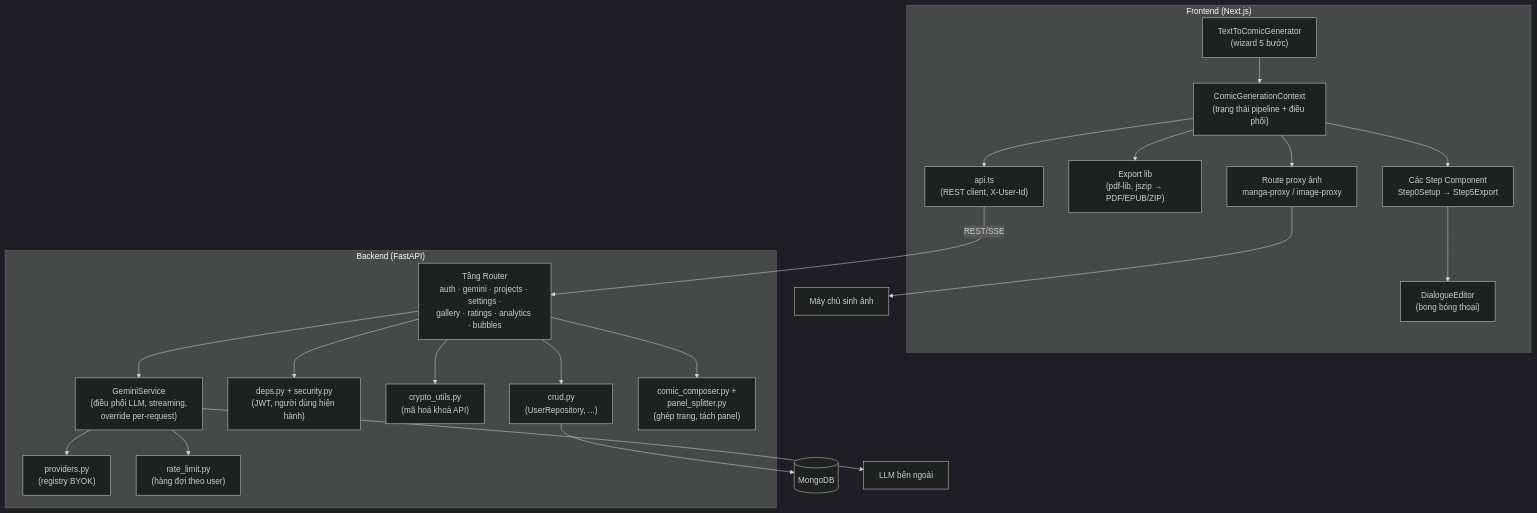
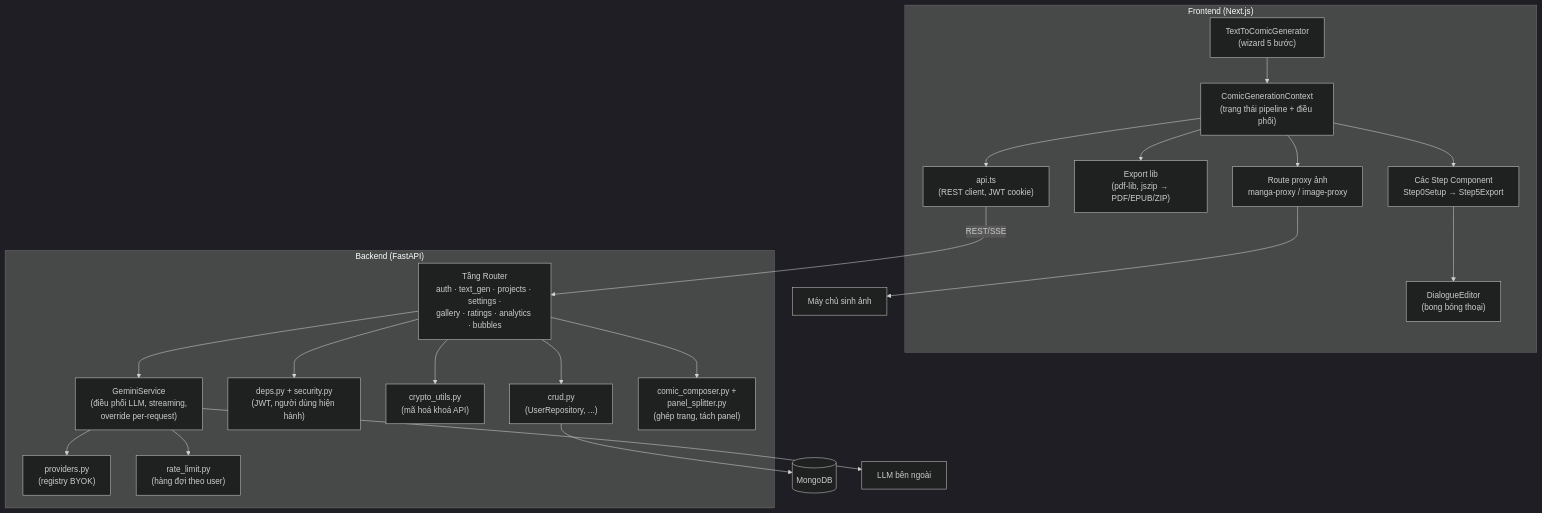
The fourth of 9 diagrams in ThesisInformation/KhoaLuan_Draft.md (MayBaoHCMUS/mOhiOm), drawn with Mermaid (dark theme) before and after one commit. The commit also changed other lines of this file and 15 other files, not shown here.

Commit message:
feat: update API endpoints to use text generation router, add JWT secret key requirements, and enhance admin access validation

````diff
--- a/ThesisInformation/KhoaLuan_Draft.md
+++ b/ThesisInformation/KhoaLuan_Draft.md
@@ -448,45 +448,45 @@
 ```mermaid
 flowchart TB
     subgraph Frontend["Frontend (Next.js)"]
         Wizard["TextToComicGenerator<br/>(wizard 5 bước)"]
         Ctx["ComicGenerationContext<br/>(trạng thái pipeline + điều phối)"]
         Steps["Các Step Component<br/>Step0Setup → Step5Export"]
         Bubble["DialogueEditor<br/>(bong bóng thoại)"]
         Export["Export lib<br/>(pdf-lib, jszip → PDF/EPUB/ZIP)"]
-        ApiClient["api.ts<br/>(REST client, X-User-Id)"]
+        ApiClient["api.ts<br/>(REST client, JWT cookie)"]
         Proxy["Route proxy ảnh<br/>manga-proxy / image-proxy"]
         Wizard --> Ctx
         Ctx --> Steps
         Steps --> Bubble
         Ctx --> Export
         Ctx --> ApiClient
         Ctx --> Proxy
     end
 
     subgraph Backend["Backend (FastAPI)"]
-        Routers["Tầng Router<br/>auth · gemini · projects · settings ·<br/>gallery · ratings · analytics · bubbles"]
+        Routers["Tầng Router<br/>auth · text_gen · projects · settings ·<br/>gallery · ratings · analytics · bubbles"]
         GSvc["GeminiService<br/>(điều phối LLM, streaming,<br/>override per-request)"]
         Providers["providers.py<br/>(registry BYOK)"]
         RateL["rate_limit.py<br/>(hàng đợi theo user)"]
         Deps["deps.py + security.py<br/>(JWT, người dùng hiện hành)"]
         Crypto["crypto_utils.py<br/>(mã hoá khoá API)"]
         Repo["crud.py<br/>(UserRepository, ...)"]
         Composer["comic_composer.py +<br/>panel_splitter.py<br/>(ghép trang, tách panel)"]
         Routers --> GSvc
         Routers --> Deps
         Routers --> Repo
         GSvc --> Providers
         GSvc --> RateL
         Routers --> Crypto
         Routers --> Composer
     end
 
     DB[("MongoDB")]
     LLM["LLM bên ngoài"]
     IMG["Máy chủ sinh ảnh"]
 
     ApiClient -- "REST/SSE" --> Routers
     Proxy --> IMG
     Repo --> DB
     GSvc --> LLM
 ```
````
